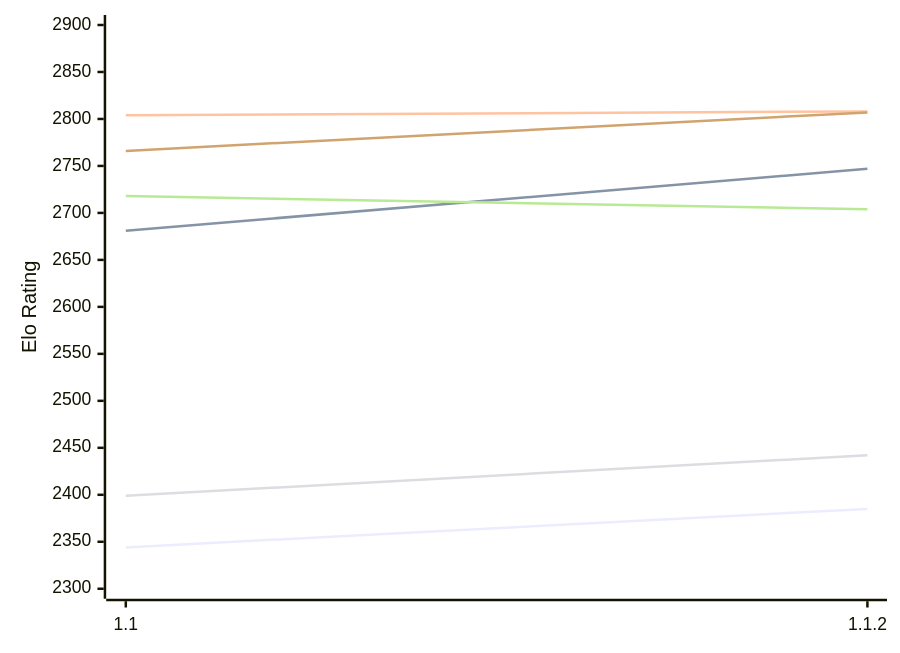
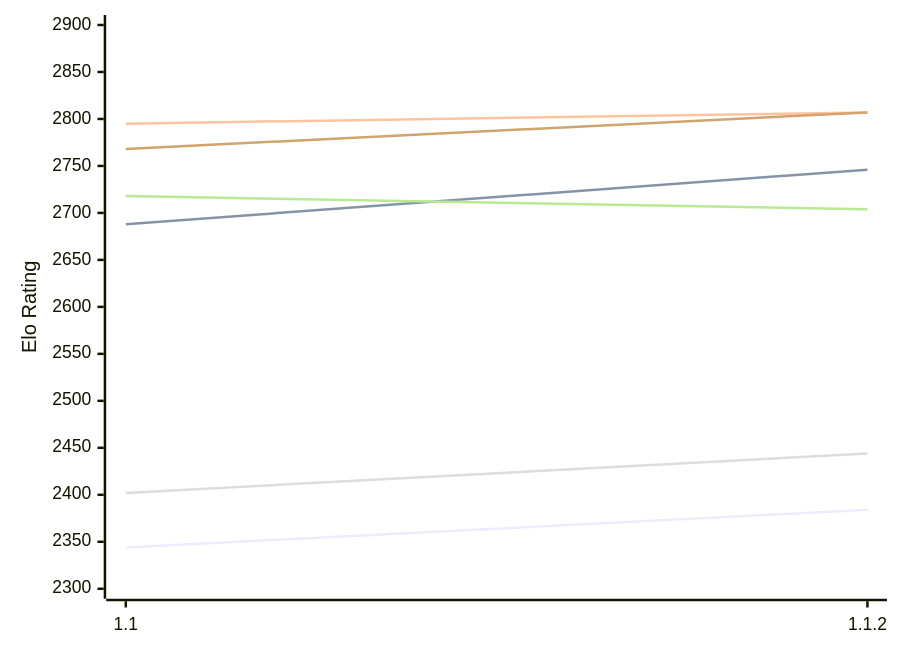
One commit to computer-chess-index/cci changed the first of 2 diagrams in engines/Casanchess.md. Above: the diagram before and after it, drawn with Mermaid. The commit also changed other lines of this file, not shown here.

Commit message:
Update CCI Ratings (ELO VLTC) - 2026-11-28

````diff
--- a/engines/Casanchess.md
+++ b/engines/Casanchess.md
@@ -51,12 +51,12 @@
 ```mermaid
 %%{init: {"theme":"base","themeVariables":{"seriesColors:['#a3a3a3','#222221','#faa371']}}}%%
 xychart-beta
   x-axis ["1.1", "1.1.2"]
   y-axis "Elo Rating" 2300 --> 2900
-  line "E1: STC (8.0+0.08s)" [2344, 2385]
-  line "E1: LTC (60.0+0.60s)" [2681, 2747]
-  line "E1: VLTC (2m24s+1.12s)" [2804, 2808]
-  line "P1: STC (8.0+0.08s)" [2399, 2442]
+  line "E1: STC (8.0+0.08s)" [2344, 2384]
+  line "E1: LTC (60.0+0.60s)" [2688, 2746]
+  line "E1: VLTC (2m24s+1.12s)" [2795, 2807]
+  line "P1: STC (8.0+0.08s)" [2402, 2444]
   line "P1: LTC (60.0+0.60s)" [2718, 2704]
-  line "P1: VLTC (2m24s+1.12s)" [2766, 2807]
+  line "P1: VLTC (2m24s+1.12s)" [2768, 2807]
 ```
````
